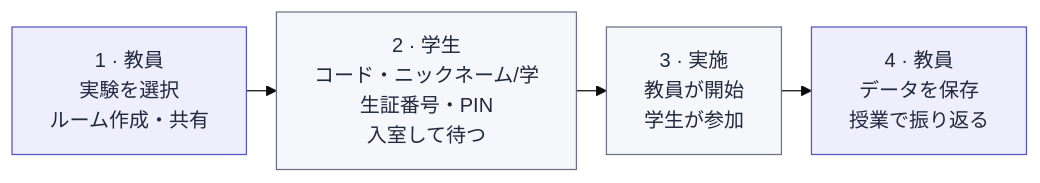
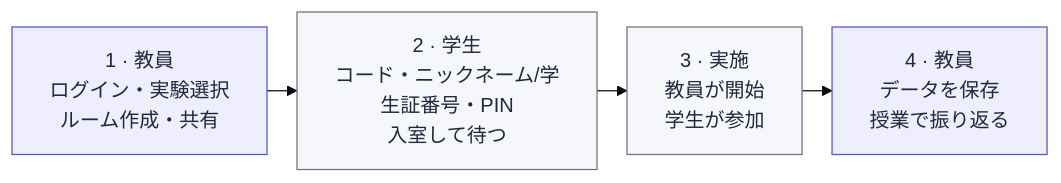
One commit to DKshawn/Double_Auction changed the diagram in README.md. Above: the diagram before and after it, drawn with Mermaid. The commit also changed other lines of this file and 57 other files, not shown here.

````diff
--- a/README.md
+++ b/README.md
@@ -11,24 +11,24 @@
 ```mermaid
 ---
 config:
   theme: base
   look: classic
   layout: dagre
   htmlLabels: true
   flowchart:
     rankSpacing: 24
     wrappingWidth: 180
 ---
 flowchart LR
     accTitle: 授業での使い方
     accDescr: 教員がルームを作成し、学生がコードで入室。教員が開始し、学生が参加したあと、教員が結果をダウンロードします。
-    A["1 · 教員<br/>実験を選択<br/>ルーム作成・共有"]
+    A["1 · 教員<br/>ログイン・実験選択<br/>ルーム作成・共有"]
     B["2 · 学生<br/>コード・ニックネーム/学生証番号・PIN<br/>入室して待つ"]
     C["3 · 実施<br/>教員が開始<br/>学生が参加"]
     D["4 · 教員<br/>データを保存<br/>授業で振り返る"]
     A --> B --> C --> D
     classDef teacher fill:#eeeefd,stroke:#5456c7,color:#22283d
     classDef shared fill:#f6f7fb,stroke:#6a7287,color:#22283d
     class A,D teacher
     class B,C shared
 ```
````
